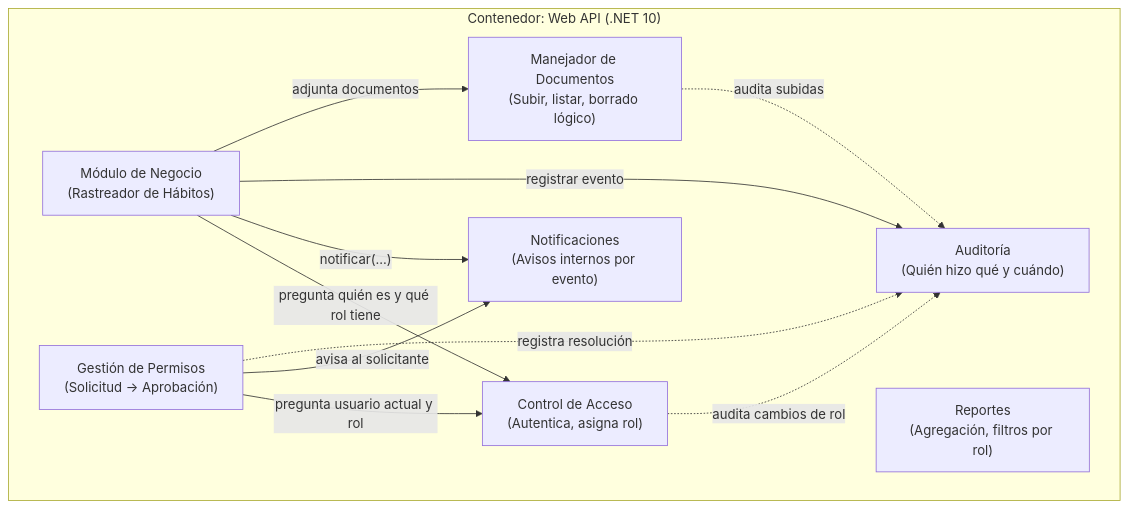
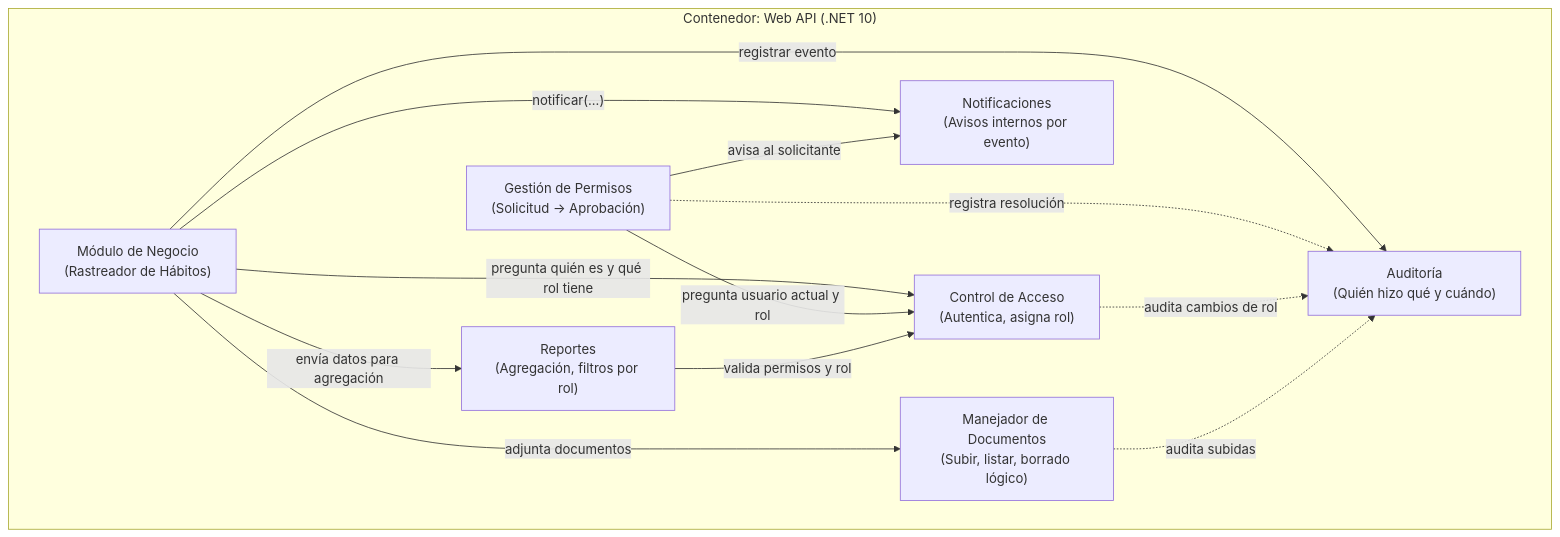
Before and after one commit to J-bot-oss-code/HabitTracker-Arquitectura: the diagram in README.md, drawn with Mermaid.

Commit message:
docs: update C4 architecture diagram with corrected module dependencies and communication flows

````diff
--- a/README.md
+++ b/README.md
@@ -9,22 +9,27 @@
 ```mermaid
 graph TD
     subgraph "Contenedor: Web API (.NET 10)"
         AccessControl["Control de Acceso\n(Autentica, asigna rol)"]
         Permissions["Gestión de Permisos\n(Solicitud -> Aprobación)"]
         DocManager["Manejador de Documentos\n(Subir, listar, borrado lógico)"]
         Notifications["Notificaciones\n(Avisos internos por evento)"]
         Reports["Reportes\n(Agregación, filtros por rol)"]
         Auditing["Auditoría\n(Quién hizo qué y cuándo)"]
         HabitTracker["Módulo de Negocio\n(Rastreador de Hábitos)"]
     end
 
     HabitTracker -->|"pregunta quién es y qué rol tiene"| AccessControl
     HabitTracker -->|"notificar(...)"| Notifications
     HabitTracker -->|"registrar evento"| Auditing
     HabitTracker -->|"adjunta documentos"| DocManager
+    HabitTracker -->|"envía datos para agregación"| Reports
+    
     Permissions -->|"pregunta usuario actual y rol"| AccessControl
     Permissions -->|"avisa al solicitante"| Notifications
     Permissions -.->|"registra resolución"| Auditing
+    
+    Reports -->|"valida permisos y rol"| AccessControl
+    
     AccessControl -.->|"audita cambios de rol"| Auditing
     DocManager -.->|"audita subidas"| Auditing
 ```
````
